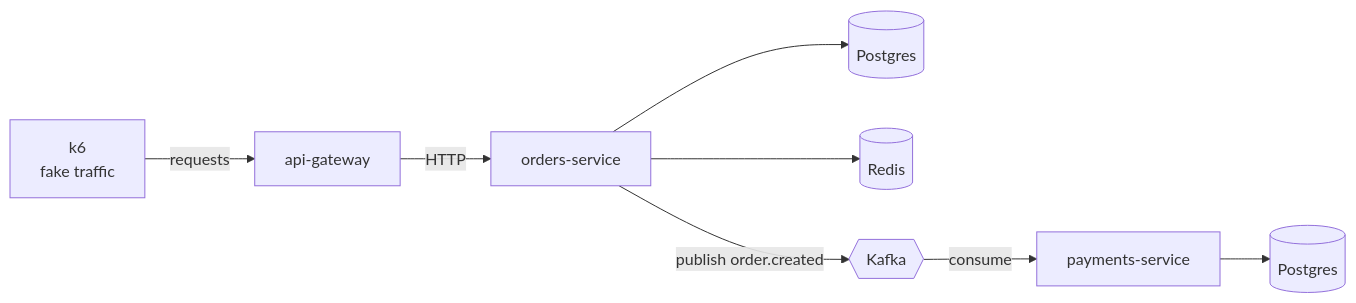
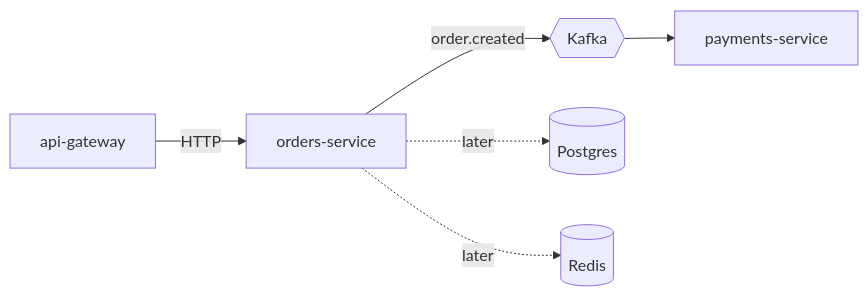
The diagram in README.md (saragholizadeh/glassbox), drawn with Mermaid before and after one commit. The commit also changed other lines of this file and 16 other files, not shown here.

Commit message:
feat: Kafka from orders to payments, one README

````diff
--- a/README.md
+++ b/README.md
@@ -18,10 +17,8 @@
 ```mermaid
 flowchart LR
-    k6[k6<br/>fake traffic] -->|requests| GW[api-gateway]
-    GW -->|HTTP| OR[orders-service]
-    OR --> PG[(Postgres)]
-    OR --> RD[(Redis)]
-    OR -->|publish order.created| KF{{Kafka}}
-    KF -->|consume| PAY[payments-service]
-    PAY --> PG2[(Postgres)]
+    GW[api-gateway] -->|HTTP| OR[orders-service]
+    OR -->|order.created| KF{{Kafka}}
+    KF --> PAY[payments-service]
+    OR -.->|later| PG[(Postgres)]
+    OR -.->|later| RD[(Redis)]
 ```
````
